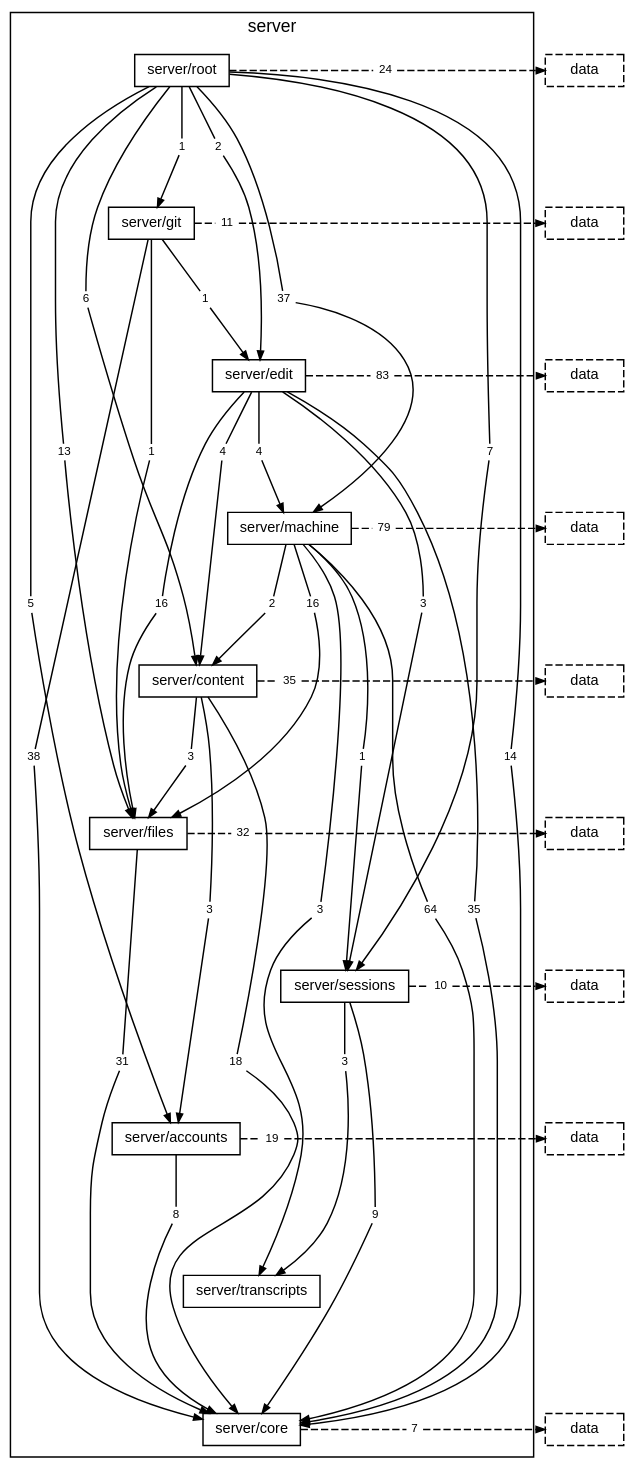
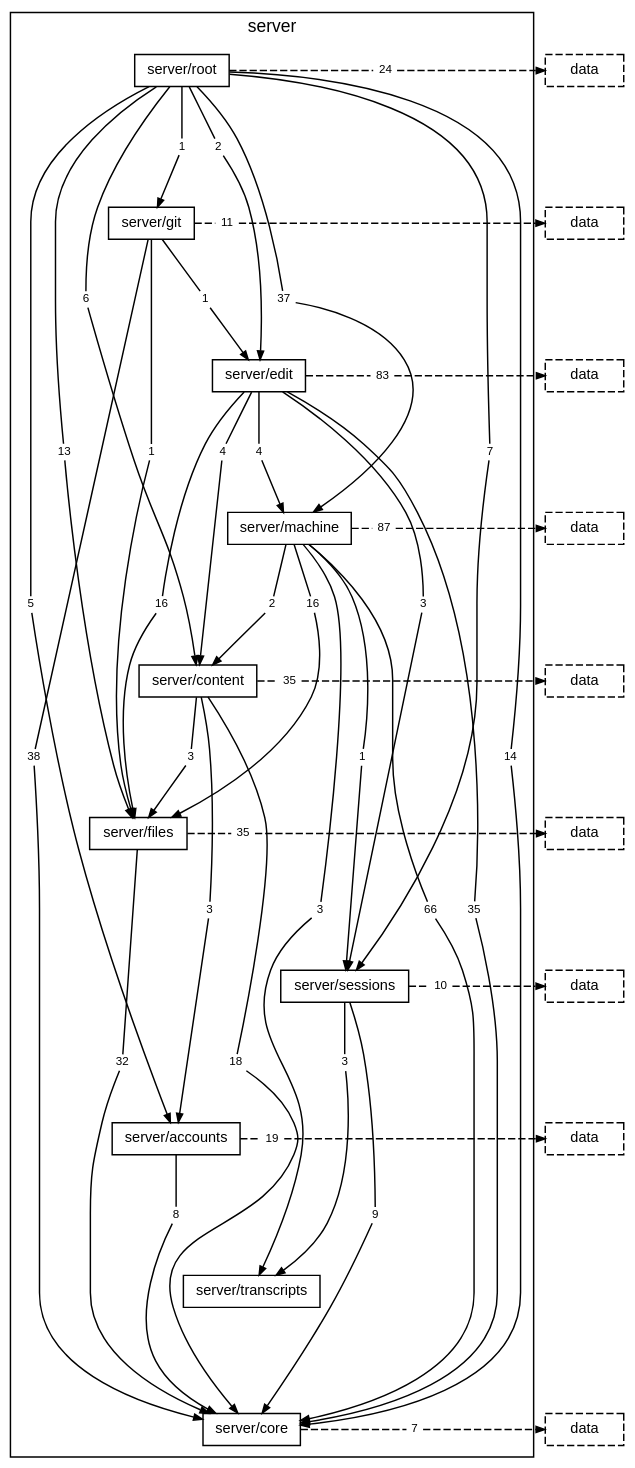
One commit to TheAxeC/oculus changed the diagram in docs/diagrams/layer-server.dot. Above: the diagram before and after it, drawn with Graphviz. The commit also changed 108 other files, not shown here.

```diff
--- a/docs/diagrams/layer-server.dot
+++ b/docs/diagrams/layer-server.dot
@@ -34,17 +34,17 @@
         "folder server/edit to folder server/sessions" [label="3", shape=box, color="transparent", fontsize=8, width=0, height=0, margin="0.04,0.02"];
         "folder server/edit to layer data" [label="83", shape=box, color="transparent", fontsize=8, width=0, height=0, margin="0.04,0.02"];
         "folder server/machine to folder server/content" [label="2", shape=box, color="transparent", fontsize=8, width=0, height=0, margin="0.04,0.02"];
-        "folder server/machine to folder server/core" [label="64", shape=box, color="transparent", fontsize=8, width=0, height=0, margin="0.04,0.02"];
+        "folder server/machine to folder server/core" [label="66", shape=box, color="transparent", fontsize=8, width=0, height=0, margin="0.04,0.02"];
         "folder server/machine to folder server/files" [label="16", shape=box, color="transparent", fontsize=8, width=0, height=0, margin="0.04,0.02"];
         "folder server/machine to folder server/sessions" [label="1", shape=box, color="transparent", fontsize=8, width=0, height=0, margin="0.04,0.02"];
         "folder server/machine to folder server/transcripts" [label="3", shape=box, color="transparent", fontsize=8, width=0, height=0, margin="0.04,0.02"];
-        "folder server/machine to layer data" [label="79", shape=box, color="transparent", fontsize=8, width=0, height=0, margin="0.04,0.02"];
+        "folder server/machine to layer data" [label="87", shape=box, color="transparent", fontsize=8, width=0, height=0, margin="0.04,0.02"];
         "folder server/content to folder server/accounts" [label="3", shape=box, color="transparent", fontsize=8, width=0, height=0, margin="0.04,0.02"];
         "folder server/content to folder server/core" [label="18", shape=box, color="transparent", fontsize=8, width=0, height=0, margin="0.04,0.02"];
         "folder server/content to folder server/files" [label="3", shape=box, color="transparent", fontsize=8, width=0, height=0, margin="0.04,0.02"];
         "folder server/content to layer data" [label="35", shape=box, color="transparent", fontsize=8, width=0, height=0, margin="0.04,0.02"];
-        "folder server/files to folder server/core" [label="31", shape=box, color="transparent", fontsize=8, width=0, height=0, margin="0.04,0.02"];
-        "folder server/files to layer data" [label="32", shape=box, color="transparent", fontsize=8, width=0, height=0, margin="0.04,0.02"];
+        "folder server/files to folder server/core" [label="32", shape=box, color="transparent", fontsize=8, width=0, height=0, margin="0.04,0.02"];
+        "folder server/files to layer data" [label="35", shape=box, color="transparent", fontsize=8, width=0, height=0, margin="0.04,0.02"];
         "folder server/sessions to folder server/core" [label="9", shape=box, color="transparent", fontsize=8, width=0, height=0, margin="0.04,0.02"];
         "folder server/sessions to folder server/transcripts" [label="3", shape=box, color="transparent", fontsize=8, width=0, height=0, margin="0.04,0.02"];
         "folder server/sessions to layer data" [label="10", shape=box, color="transparent", fontsize=8, width=0, height=0, margin="0.04,0.02"];
```
